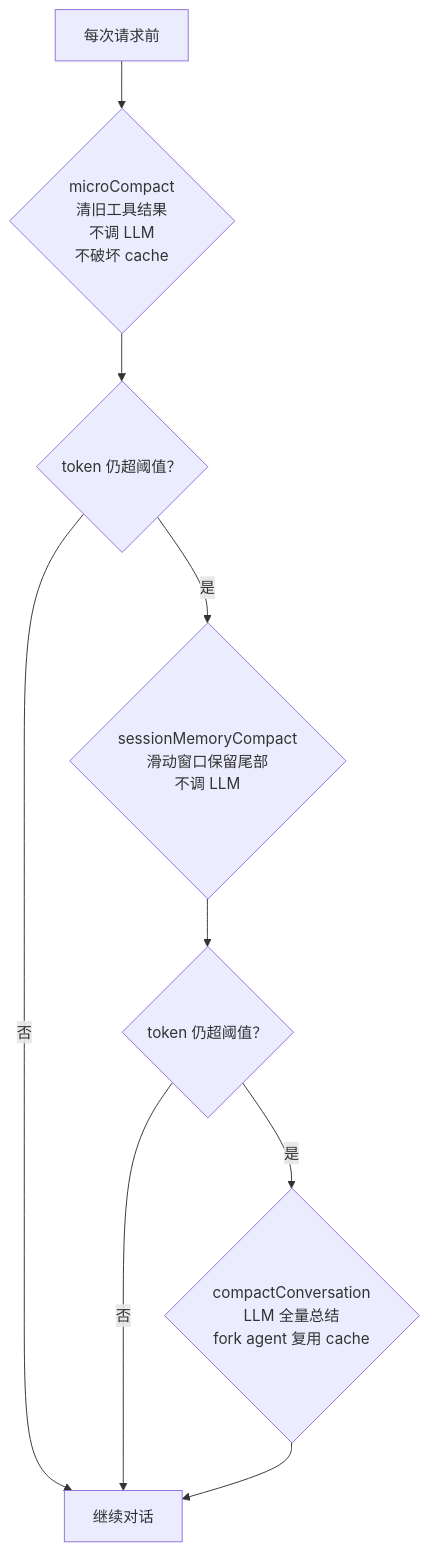
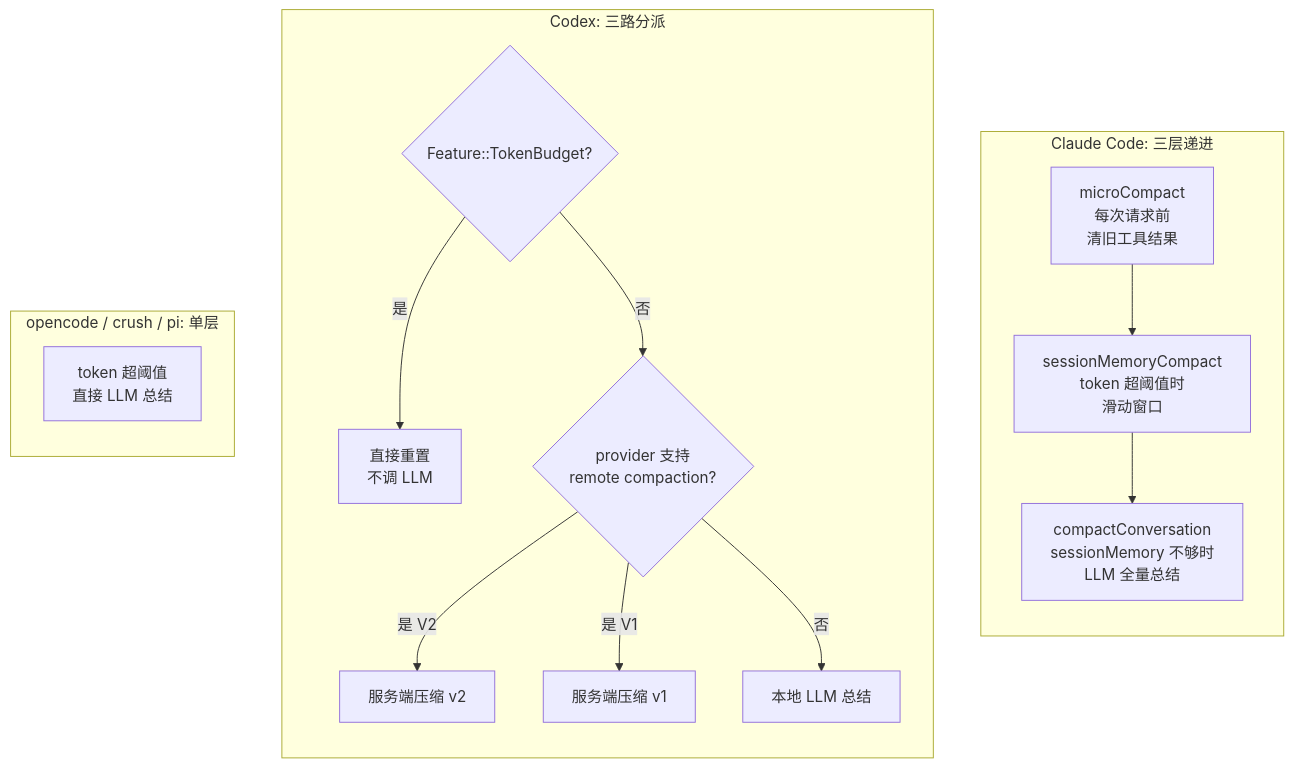
Before and after one commit to SmilingWalker/SmilingWalker.github.io: the first of 6 diagrams in src/content/posts/code-agent-compaction-源码实现.md, drawn with Mermaid. The commit also changed other lines of this file, not shown here.

First line of the commit message:
rewrite: 源码实现篇按设计问题重新组织+加框图+加why

````diff
--- a/src/content/posts/code-agent-compaction-源码实现.md
+++ b/src/content/posts/code-agent-compaction-源码实现.md
@@ -42,11 +24,25 @@
 ```mermaid
 flowchart TB
-    A["每次请求前"] --> B{"microCompact<br/>清旧工具结果<br/>不调 LLM<br/>不破坏 cache"}
-    B --> C{"token 仍超阈值？"}
-    C -->|否| D["继续对话"]
-    C -->|是| E{"sessionMemoryCompact<br/>滑动窗口保留尾部<br/>不调 LLM"}
-    E --> F{"token 仍超阈值？"}
-    F -->|否| D
-    F -->|是| G{"compactConversation<br/>LLM 全量总结<br/>fork agent 复用 cache"}
-    G --> D
+    subgraph Claude["Claude Code: 三层递进"]
+        direction TB
+        C1["microCompact<br/>每次请求前<br/>清旧工具结果"]
+        C2["sessionMemoryCompact<br/>token 超阈值时<br/>滑动窗口"]
+        C3["compactConversation<br/>sessionMemory 不够时<br/>LLM 全量总结"]
+        C1 --> C2 --> C3
+    end
+
+    subgraph Codex["Codex: 三路分派"]
+        direction TB
+        CD1{"Feature::TokenBudget?"}
+        CD1 -->|是| CD2["直接重置<br/>不调 LLM"]
+        CD1 -->|否| CD3{"provider 支持<br/>remote compaction?"}
+        CD3 -->|是 V2| CD4["服务端压缩 v2"]
+        CD3 -->|是 V1| CD5["服务端压缩 v1"]
+        CD3 -->|否| CD6["本地 LLM 总结"]
+    end
+
+    subgraph Others["opencode / crush / pi: 单层"]
+        direction TB
+        O1["token 超阈值<br/>直接 LLM 总结"]
+    end
 ```
````
